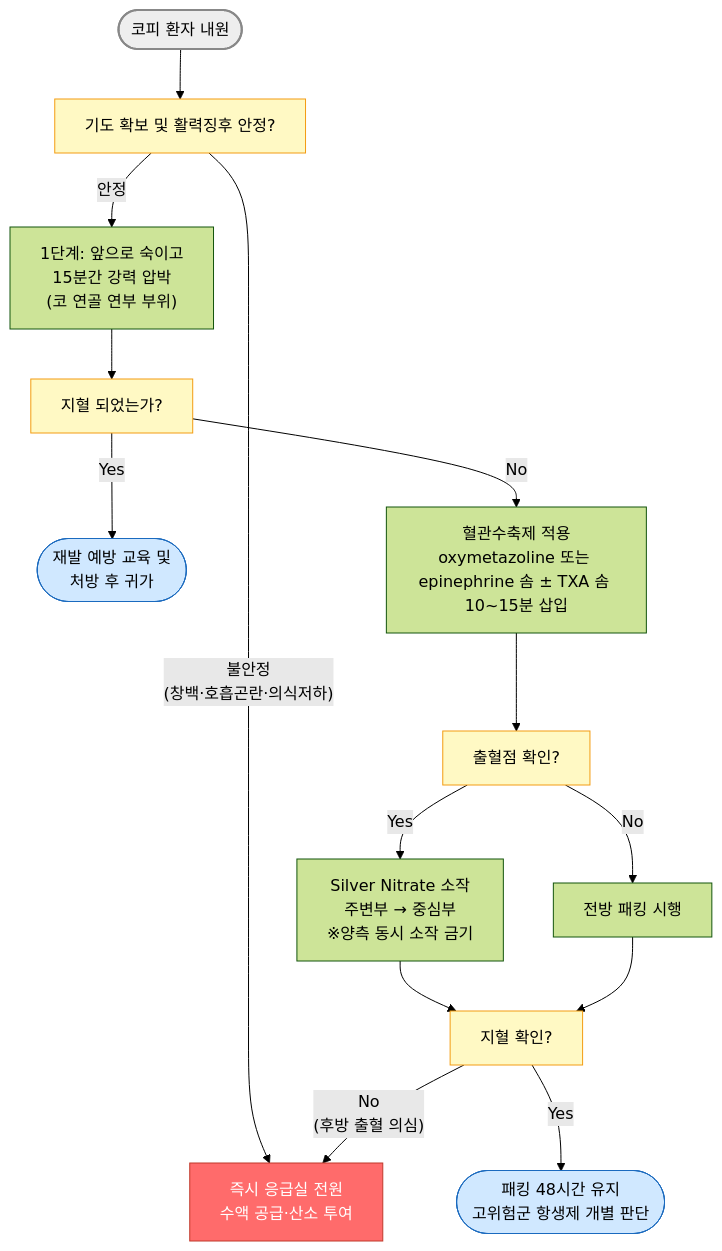
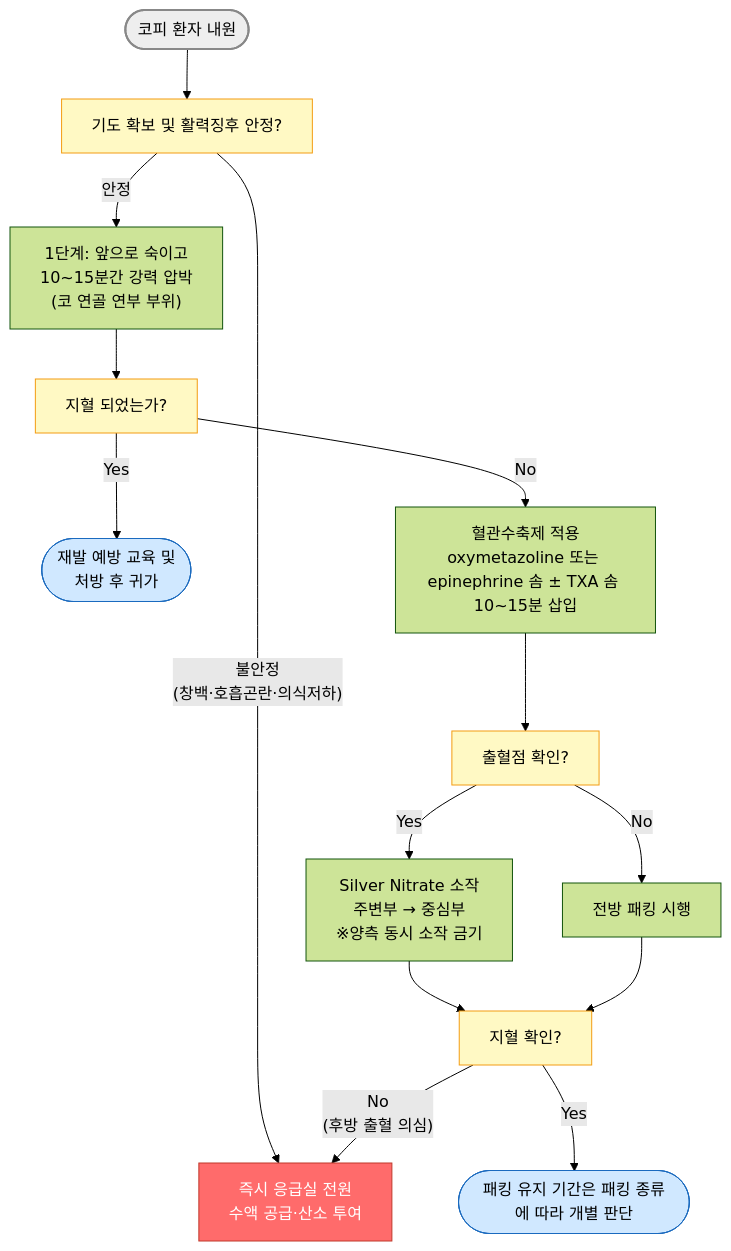
One commit to familyoh77/familyoh77 changed the diagram in 222_/050_-epistaxis.md. Above: the diagram before and after it, drawn with Mermaid (forest theme). The commit also changed other lines of this file and 1 other file, not shown here.

````diff
--- a/222_/050_-epistaxis.md
+++ b/222_/050_-epistaxis.md
@@ -188,24 +116,24 @@
 ```mermaid
 graph TD
     A(["코피 환자 내원"]) --> B["기도 확보 및 활력징후 안정?"] 
     B -- "불안정
     (창백·호흡곤란·의식저하)" --> C["즉시 응급실 전원<br/>수액 공급·산소 투여"]
-    B -- "안정" --> D["1단계: 앞으로 숙이고 <br/>15분간 강력 압박<br/>(코 연골 연부 부위)"]
+    B -- "안정" --> D["1단계: 앞으로 숙이고 <br/>10~15분간 강력 압박<br/>(코 연골 연부 부위)"]
     D --> E["지혈 되었는가?"]
     E -- "Yes" --> F(["재발 예방 교육 및 <br/>처방 후 귀가"])
     E -- "No" --> G["혈관수축제 적용\noxymetazoline 또는 epinephrine 솜 ± TXA 솜 10~15분 삽입"]
     G --> H["출혈점 확인?"]
     H -- "Yes" --> I["Silver Nitrate 소작<br/>주변부 → 중심부<br/>※양측 동시 소작 금기"]
     H -- "No" --> J["전방 패킹 시행"]
     I --> J2["지혈 확인?"]
     J --> J2
-    J2 -- "Yes" --> K(["패킹 48시간 유지<br/>고위험군 항생제 개별 판단"])
+    J2 -- "Yes" --> K(["패킹 유지 기간은 패킹 종류에 따라 개별 판단"])
     J2 -- "No\n(후방 출혈 의심)" --> C
 
     style A fill:#eeeeee,stroke:#888888,stroke-width:2px
     style C fill:#ff6b6b,stroke:#c0392b,color:#fff
     style F fill:#d0e8ff,stroke:#1a6abf
     style K fill:#d0e8ff,stroke:#1a6abf    
     classDef yellow fill:#fff9c4,stroke:#f39c12
     class B,E,H,J2 yellow
 ```
````
